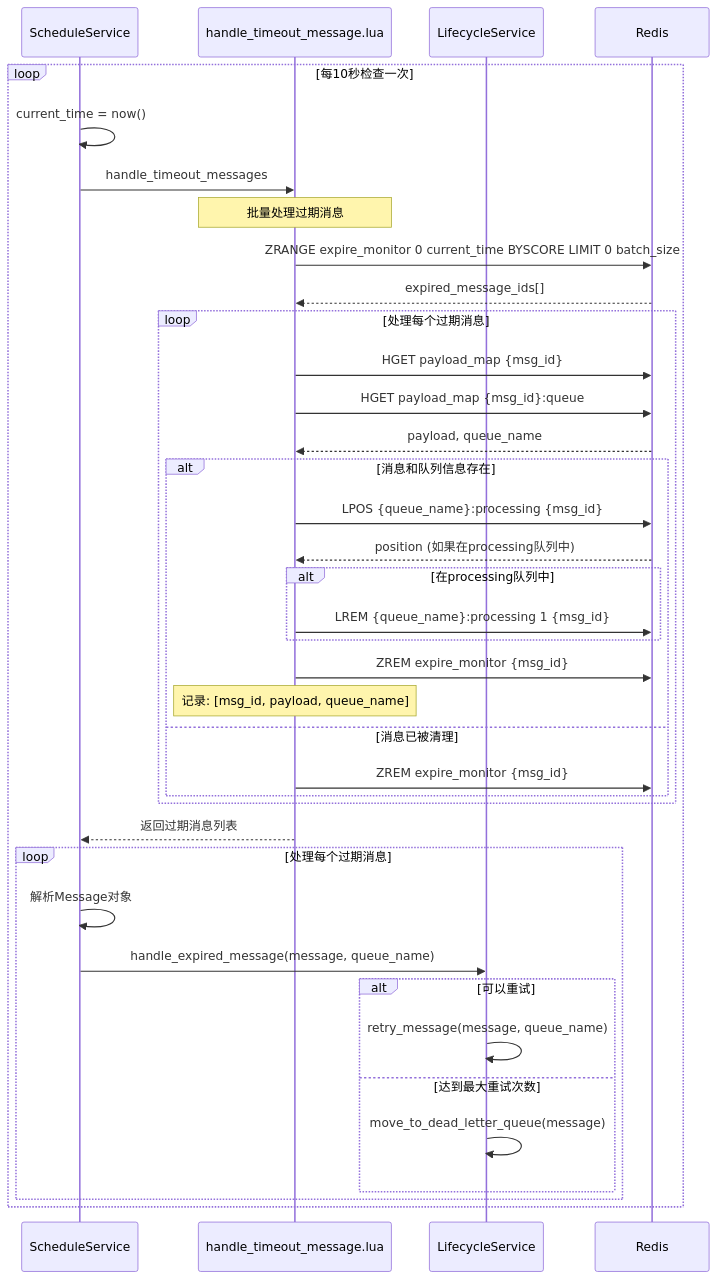
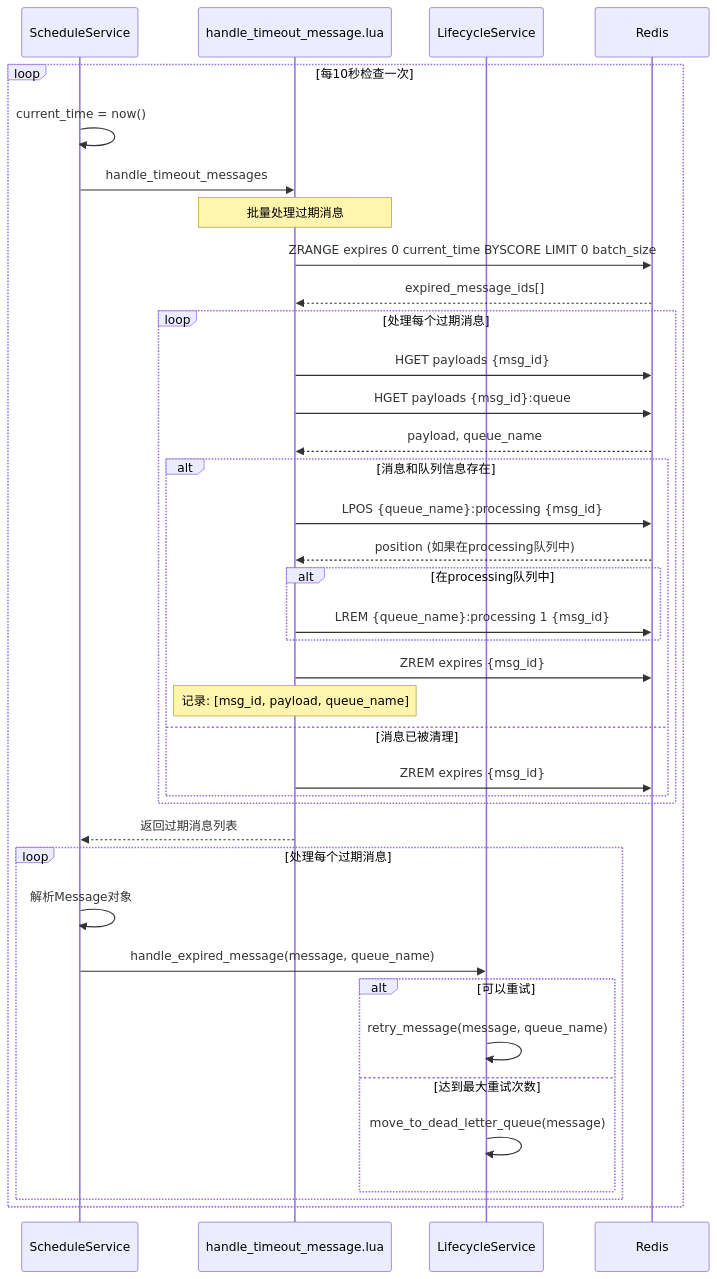
One commit to CodingOX/mx-rmq changed the ninth of 19 diagrams in docs/设计文档.md. Above: the diagram before and after it, drawn with Mermaid. The commit also changed other lines of this file and 64 other files, not shown here.

````diff
--- a/docs/设计文档.md
+++ b/docs/设计文档.md
@@ -528,48 +492,48 @@
 ```mermaid
 sequenceDiagram
     participant SS as ScheduleService
     participant Lua as handle_timeout_message.lua
     participant LFS as LifecycleService
     participant Redis as Redis
     
     loop 每10秒检查一次
         SS->>SS: current_time = now()
         SS->>Lua: handle_timeout_messages
         Note over Lua: 批量处理过期消息
-        Lua->>Redis: ZRANGE expire_monitor 0 current_time BYSCORE LIMIT 0 batch_size
+        Lua->>Redis: ZRANGE expires 0 current_time BYSCORE LIMIT 0 batch_size
         Redis-->>Lua: expired_message_ids[]
         
         loop 处理每个过期消息
-            Lua->>Redis: HGET payload_map {msg_id}
-            Lua->>Redis: HGET payload_map {msg_id}:queue
+            Lua->>Redis: HGET payloads {msg_id}
+            Lua->>Redis: HGET payloads {msg_id}:queue
             Redis-->>Lua: payload, queue_name
             
             alt 消息和队列信息存在
                 Lua->>Redis: LPOS {queue_name}:processing {msg_id}
                 Redis-->>Lua: position (如果在processing队列中)
                 
                 alt 在processing队列中
                     Lua->>Redis: LREM {queue_name}:processing 1 {msg_id}
                 end
                 
-                Lua->>Redis: ZREM expire_monitor {msg_id}
+                Lua->>Redis: ZREM expires {msg_id}
                 Note over Lua: 记录: [msg_id, payload, queue_name]
             else 消息已被清理
-                Lua->>Redis: ZREM expire_monitor {msg_id}
+                Lua->>Redis: ZREM expires {msg_id}
             end
         end
         
         Lua-->>SS: 返回过期消息列表
         
         loop 处理每个过期消息
             SS->>SS: 解析Message对象
             SS->>LFS: handle_expired_message(message, queue_name)
             
             alt 可以重试
                 LFS->>LFS: retry_message(message, queue_name)
             else 达到最大重试次数
                 LFS->>LFS: move_to_dead_letter_queue(message)
             end
         end
     end
 ```
````
